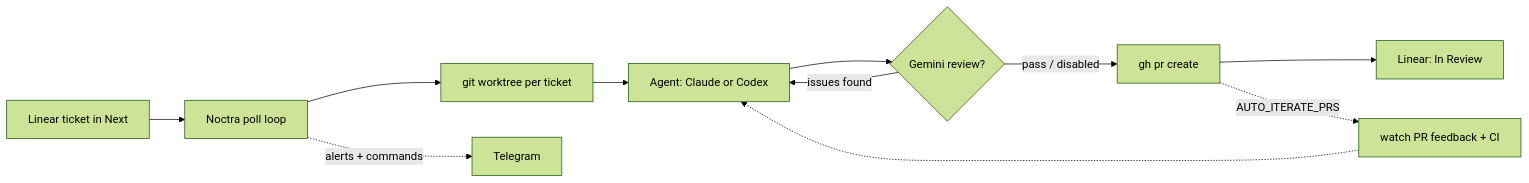
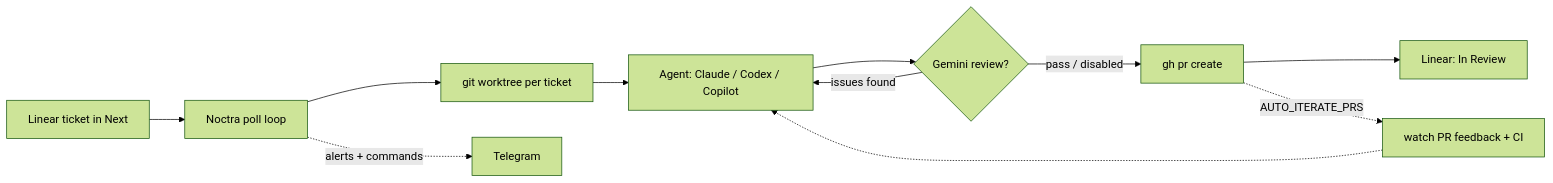
The diagram in README.md (ahmadAlMezaal/noctra), drawn with Mermaid (forest theme) before and after one commit. The commit also changed other lines of this file and 11 other files, not shown here.

First line of the commit message:
ENG-209: Add GitHub Copilot CLI as a third agent backend (AGENT_BACKEND=copilot) (#136)

````diff
--- a/README.md
+++ b/README.md
@@ -39,13 +39,13 @@
 ```mermaid
 flowchart LR
     L[Linear ticket in Next] --> N[Noctra poll loop]
     N --> W[git worktree per ticket]
-    W --> A[Agent: Claude or Codex]
+    W --> A[Agent: Claude / Codex / Copilot]
     A --> G{Gemini review?}
     G -->|pass / disabled| PR[gh pr create]
     G -->|issues found| A
     PR --> R[Linear: In Review]
     PR -.->|AUTO_ITERATE_PRS| WATCH[watch PR feedback + CI]
     WATCH -.-> A
     N -.->|alerts + commands| TG[Telegram]
 ```
````
